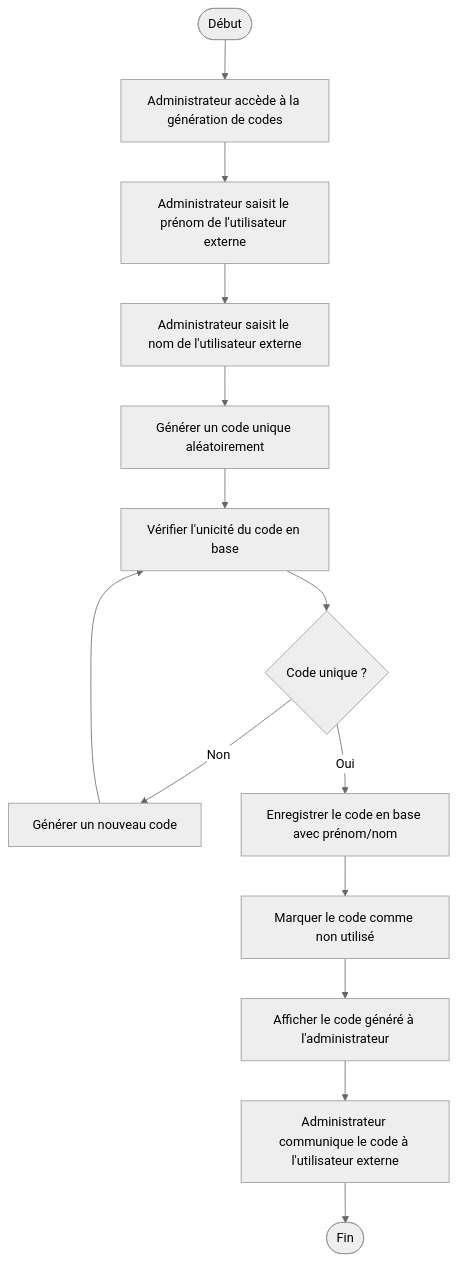
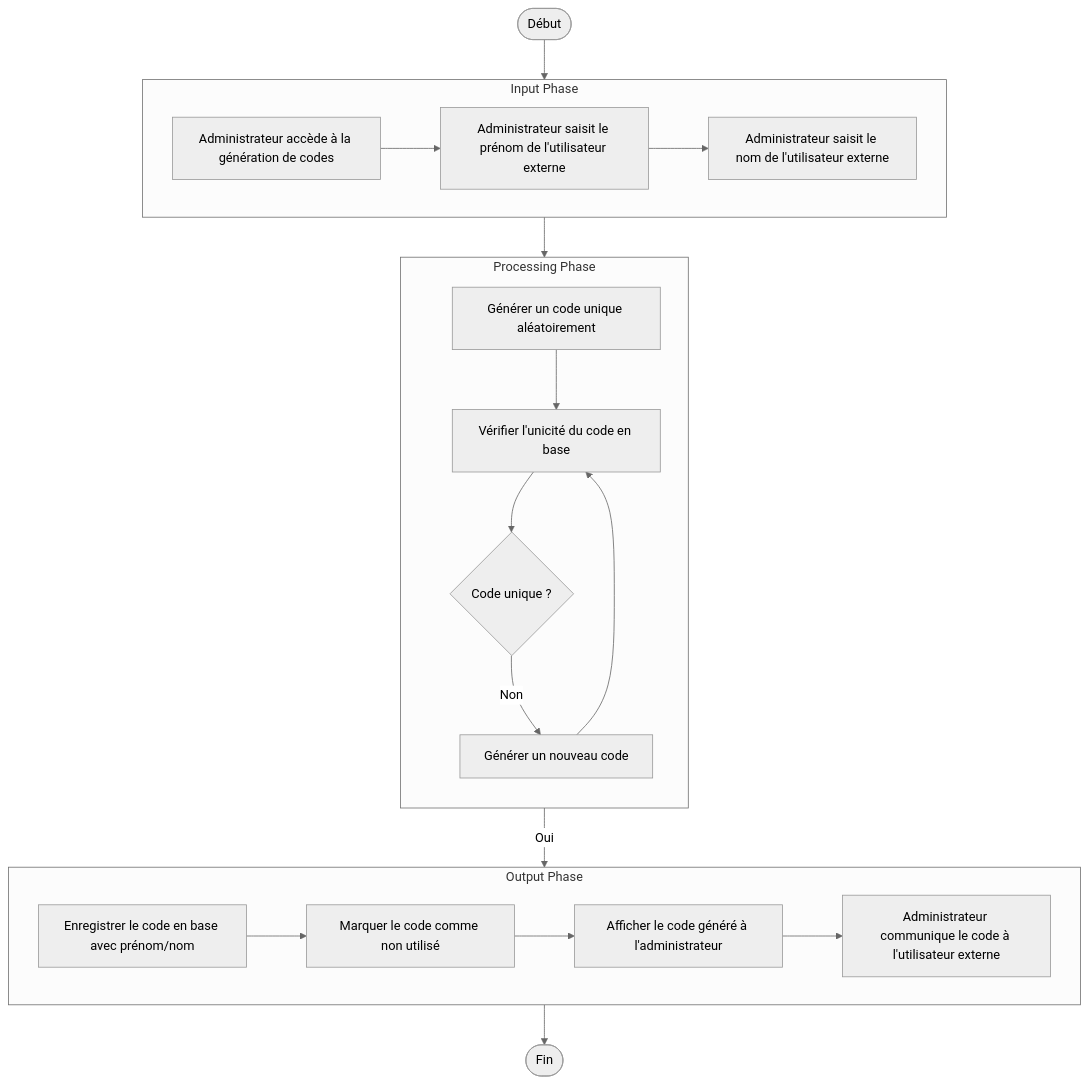
The fifth of 13 diagrams in DIAGRAMME_ACTIVITE.md (Benaqqa/Portail), drawn with Mermaid (neutral theme) before and after one commit. The commit also changed other lines of this file and 53 other files, not shown here.

````diff
--- a/DIAGRAMME_ACTIVITE.md
+++ b/DIAGRAMME_ACTIVITE.md
@@ -118,16 +118,40 @@
 ```mermaid
 flowchart TD
     Start([Début]) --> A[Administrateur accède à la génération de codes]
     A --> B[Administrateur saisit le prénom de l'utilisateur externe]
     B --> C[Administrateur saisit le nom de l'utilisateur externe]
     C --> D[Générer un code unique aléatoirement]
     D --> E[Vérifier l'unicité du code en base]
     E --> F{Code unique ?}
     F -->|Non| G[Générer un nouveau code]
     G --> E
     F -->|Oui| H[Enregistrer le code en base avec prénom/nom]
     H --> I[Marquer le code comme non utilisé]
     I --> J[Afficher le code généré à l'administrateur]
     J --> K[Administrateur communique le code à l'utilisateur externe]
     K --> End([Fin])
+    
+    %% Mixed layout using subgraphs
+    subgraph "Input Phase"
+        direction LR
+        A
+        B  
+        C
+    end
+    
+    subgraph "Processing Phase"
+        direction TB
+        D
+        E
+        F
+        G
+    end
+    
+    subgraph "Output Phase"
+        direction LR
+        H
+        I
+        J
+        K
+    end
 ```
````
